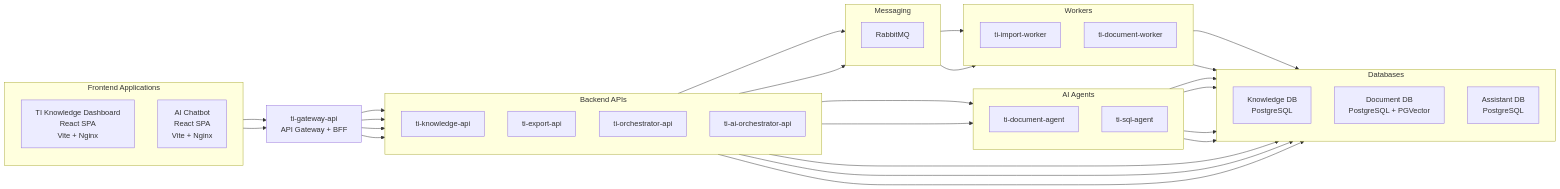
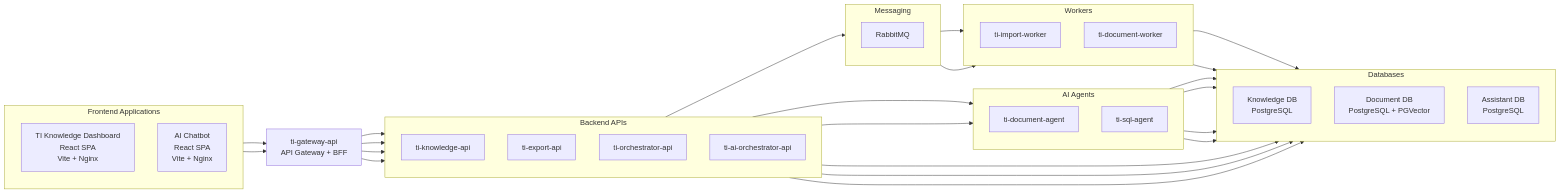
One commit to MarinaPimenova/ti-gateway-api changed the first of 2 diagrams in README.md. Above: the diagram before and after it, drawn with Mermaid. The commit also changed 2 other files, not shown here.

Commit message:
TI-25: AI Configuration, dependencies alignment

````diff
--- a/README.md
+++ b/README.md
@@ -50,72 +50,71 @@
 ```mermaid
 flowchart LR
 
     subgraph Frontends["Frontend Applications"]
         direction TB
         UI["TI Knowledge Dashboard<br/>React SPA<br/>Vite + Nginx"]
         AI_Chatbot_UI["AI Chatbot<br/>React SPA<br/>Vite + Nginx"]
     end
 
     Gateway["ti-gateway-api<br/>API Gateway + BFF"]
 
     subgraph APIs["Backend APIs"]
         direction TB
         Knowledge["ti-knowledge-api"]
         Export["ti-export-api"]
         Orchestrator["ti-orchestrator-api"]
         AI_Orchestrator["ti-ai-orchestrator-api"]
     end
 
     subgraph Messaging["Messaging"]
         direction TB
         Rabbit["RabbitMQ"]
     end
 
     subgraph Agents["AI Agents"]
         direction TB
         Document_Agent["ti-document-agent"]
         SQL_Agent["ti-sql-agent"]
     end
 
     subgraph Workers["Workers"]
         direction TB
         Import["ti-import-worker"]
         Document_Worker["ti-document-worker"]
     end
 
     subgraph Databases["Databases"]
         direction TB
         Knowledge_DB["Knowledge DB<br/>PostgreSQL"]
         Document_DB["Document DB<br/>PostgreSQL + PGVector"]
         Assistant_DB["Assistant DB<br/>PostgreSQL"]
     end
 
     UI --> Gateway
     AI_Chatbot_UI --> Gateway
 
     Gateway --> Knowledge
     Gateway --> Export
     Gateway --> Orchestrator
     Gateway --> AI_Orchestrator
 
     Orchestrator --> Rabbit
-    AI_Orchestrator --> Rabbit
 
     Rabbit --> Import
     Rabbit --> Document_Worker
 
     AI_Orchestrator --> Document_Agent
     AI_Orchestrator --> SQL_Agent
 
     Knowledge --> Knowledge_DB
     Export --> Knowledge_DB
     Import --> Knowledge_DB
     SQL_Agent --> Knowledge_DB
 
     Document_Worker --> Document_DB
     Document_Agent --> Document_DB
 
     AI_Orchestrator --> Assistant_DB
     Document_Agent --> Assistant_DB
     SQL_Agent --> Assistant_DB
 ```
````
